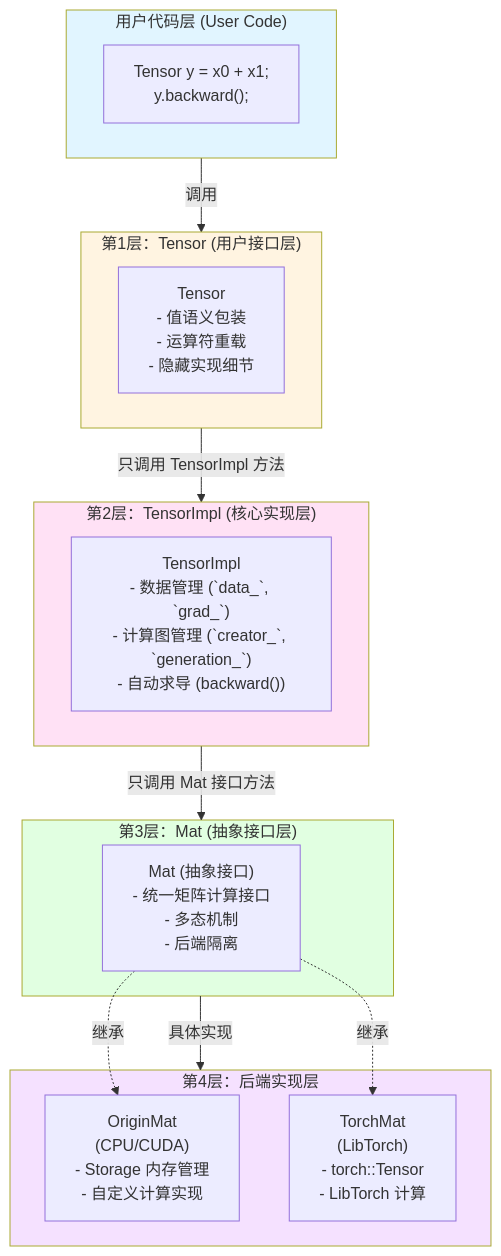
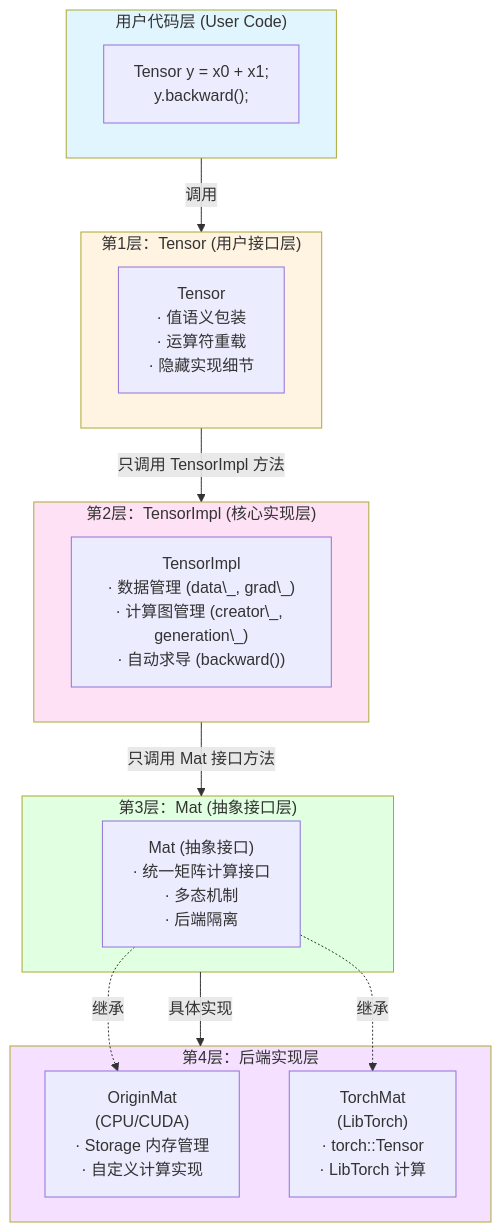
One commit to jinbooooom/OriginDL changed the second of 41 diagrams in docs/design/architecture.md. Above: the diagram before and after it, drawn with Mermaid. The commit also changed other lines of this file, not shown here.

Commit message:
doc(design): restructure 2.5 chapter and simplify TensorImpl section

````diff
--- a/docs/design/architecture.md
+++ b/docs/design/architecture.md
@@ -106,37 +106,37 @@
 ```mermaid
 flowchart TB
     subgraph UserLayer["用户代码层 (User Code)"]
         UserCode["Tensor y = x0 + x1;<br/>y.backward();"]
     end
     
     subgraph Layer1["第1层：Tensor (用户接口层)"]
-        Tensor["Tensor<br/>- 值语义包装<br/>- 运算符重载<br/>- 隐藏实现细节"]
+        Tensor["Tensor<br/>· 值语义包装<br/>· 运算符重载<br/>· 隐藏实现细节"]
     end
     
     subgraph Layer2["第2层：TensorImpl (核心实现层)"]
-        TensorImpl["TensorImpl<br/>- 数据管理 (`data_`, `grad_`)<br/>- 计算图管理 (`creator_`, `generation_`)<br/>- 自动求导 (backward())"]
+        TensorImpl["TensorImpl<br/>· 数据管理 (data\_, grad\_)<br/>· 计算图管理 (creator\_, generation\_)<br/>· 自动求导 (backward())"]
     end
     
     subgraph Layer3["第3层：Mat (抽象接口层)"]
-        Mat["Mat (抽象接口)<br/>- 统一矩阵计算接口<br/>- 多态机制<br/>- 后端隔离"]
+        Mat["Mat (抽象接口)<br/>· 统一矩阵计算接口<br/>· 多态机制<br/>· 后端隔离"]
     end
     
     subgraph Layer4["第4层：后端实现层"]
-        OriginMat["OriginMat<br/>(CPU/CUDA)<br/>- Storage 内存管理<br/>- 自定义计算实现"]
-        TorchMat["TorchMat<br/>(LibTorch)<br/>- torch::Tensor<br/>- LibTorch 计算"]
+        OriginMat["OriginMat<br/>(CPU/CUDA)<br/>· Storage 内存管理<br/>· 自定义计算实现"]
+        TorchMat["TorchMat<br/>(LibTorch)<br/>· torch::Tensor<br/>· LibTorch 计算"]
     end
     
     UserLayer -->|调用| Layer1
     Layer1 -->|只调用 TensorImpl 方法| Layer2
     Layer2 -->|只调用 Mat 接口方法| Layer3
     Layer3 -->|具体实现| Layer4
     
     Mat -.->|继承| OriginMat
     Mat -.->|继承| TorchMat
     
     style UserLayer fill:#e1f5ff
     style Layer1 fill:#fff4e1
     style Layer2 fill:#ffe1f5
     style Layer3 fill:#e1ffe1
     style Layer4 fill:#f5e1ff
 ```
````
